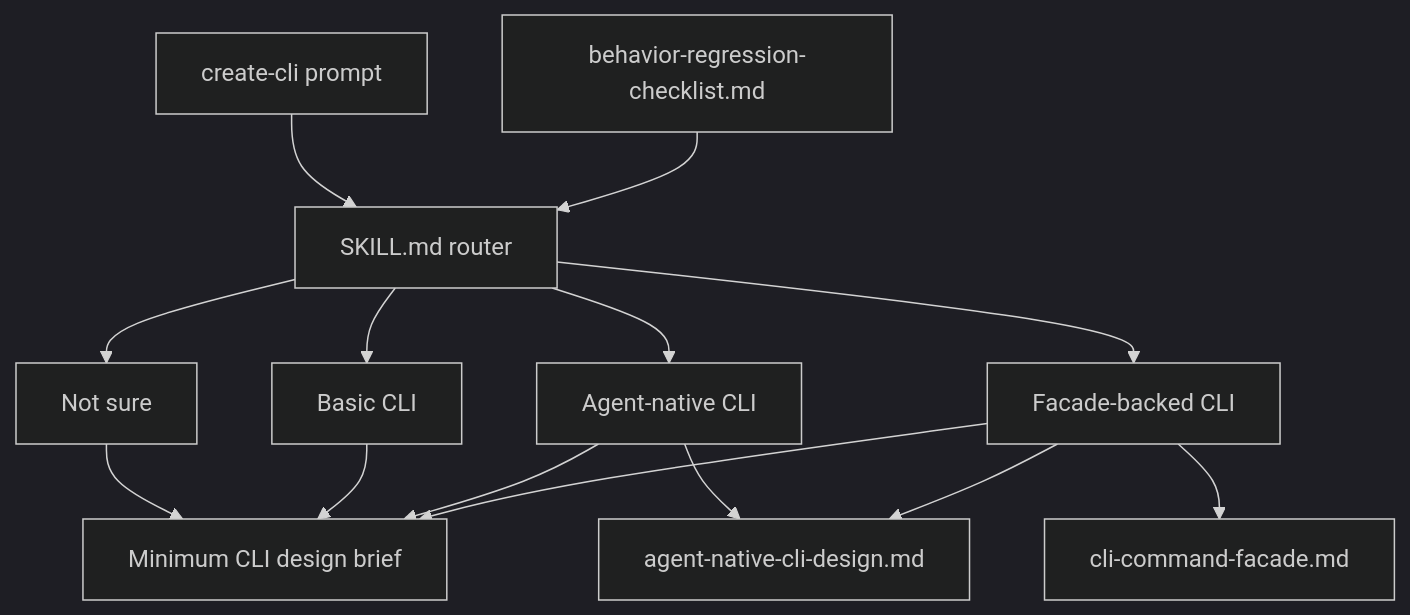
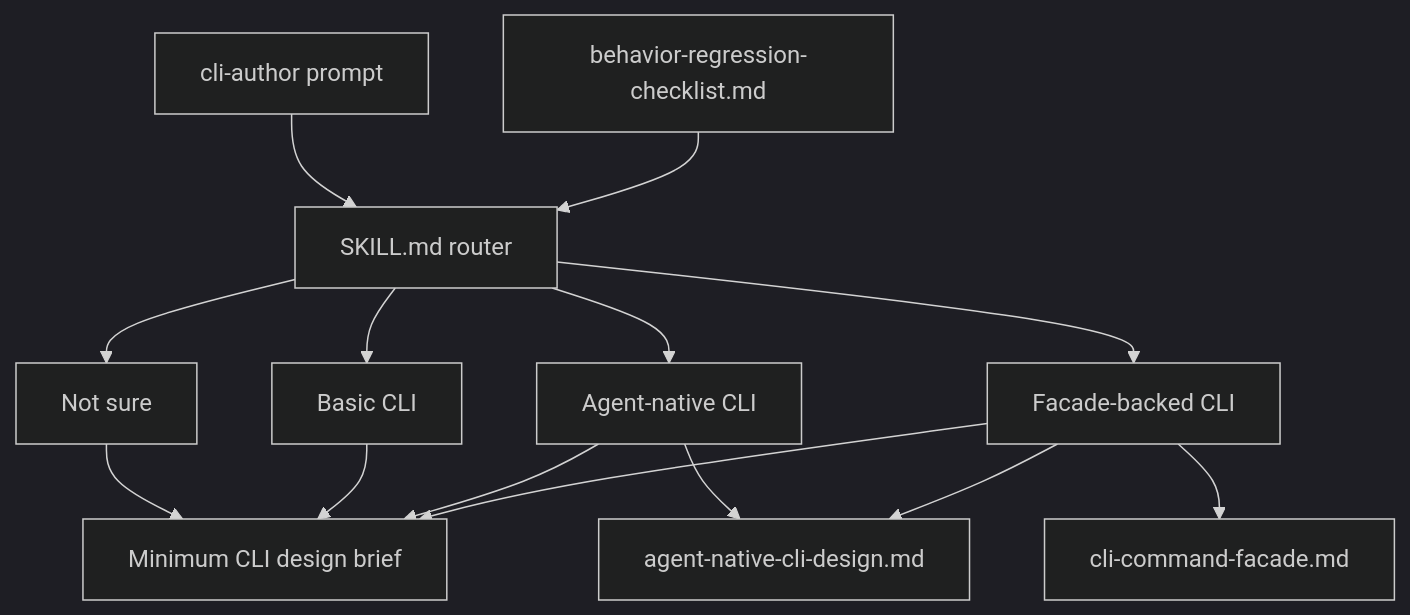
One commit to nathanvale/claude-code-config changed the diagram in docs/plans/2026-06-04-002-docs-create-cli-product-shape-rewrite-plan.md. Above: the diagram before and after it, drawn with Mermaid (dark theme). The commit also changed other lines of this file and 134 other files, not shown here.

First line of the commit message:
refactor(cli-author): rename CLI authoring skill

````diff
--- a/docs/plans/2026-06-04-002-docs-create-cli-product-shape-rewrite-plan.md
+++ b/docs/plans/2026-06-04-002-docs-create-cli-product-shape-rewrite-plan.md
@@ -82,16 +82,16 @@
 ```mermaid
 flowchart TB
-  P["create-cli prompt"] --> R["SKILL.md router"]
+  P["cli-author prompt"] --> R["SKILL.md router"]
   R --> B["Basic CLI"]
   R --> A["Agent-native CLI"]
   R --> F["Facade-backed CLI"]
   R --> U["Not sure"]
   U --> M["Minimum CLI design brief"]
   B --> M
   A --> M
   A --> N["agent-native-cli-design.md"]
   F --> M
   F --> N
   F --> C["cli-command-facade.md"]
   E["behavior-regression-checklist.md"] --> R
 ```
````
